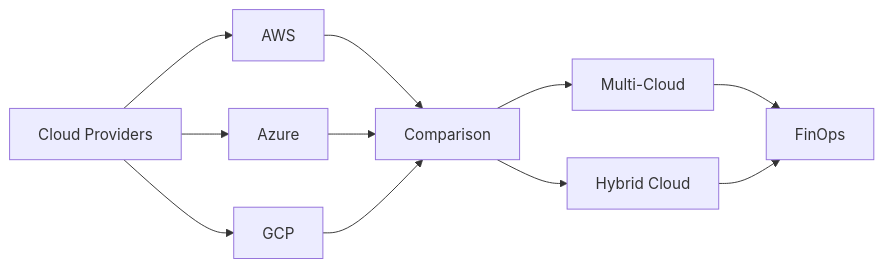
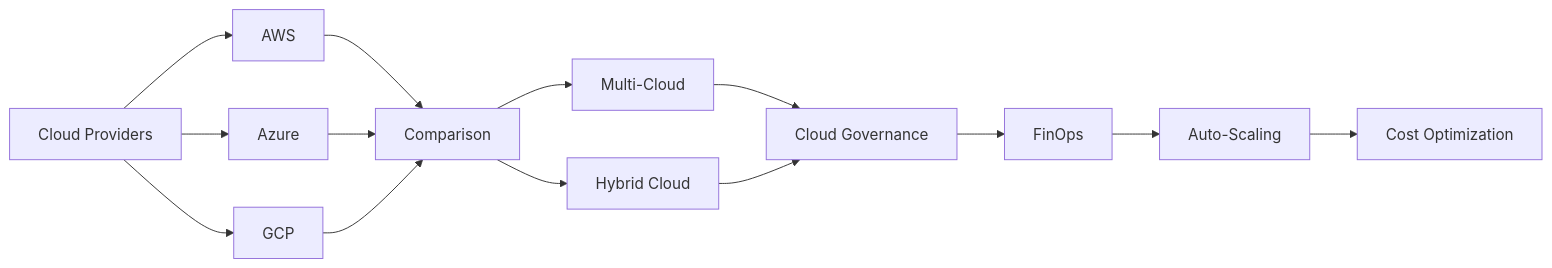
One commit to Raushan666java/ai-engineering-journey changed the diagram in docs/courses/devops/11-cloud-platforms.md. Above: the diagram before and after it, drawn with Mermaid. The commit also changed other lines of this file and 62 other files, not shown here.

First line of the commit message:
Expand Blockchain, Discrete Math, Cloud Computing, DevOps courses to 400+ lines per chapter

````diff
--- a/docs/courses/devops/11-cloud-platforms.md
+++ b/docs/courses/devops/11-cloud-platforms.md
@@ -28,10 +30,13 @@
 ```mermaid
 flowchart LR
     A[Cloud Providers] --> B[AWS]
     A --> C[Azure]
     A --> D[GCP]
     B & C & D --> E[Comparison]
     E --> F[Multi-Cloud]
     E --> G[Hybrid Cloud]
-    F & G --> H[FinOps]
+    F & G --> H[Cloud Governance]
+    H --> I[FinOps]
+    I --> J[Auto-Scaling]
+    J --> K[Cost Optimization]
 ```
````
